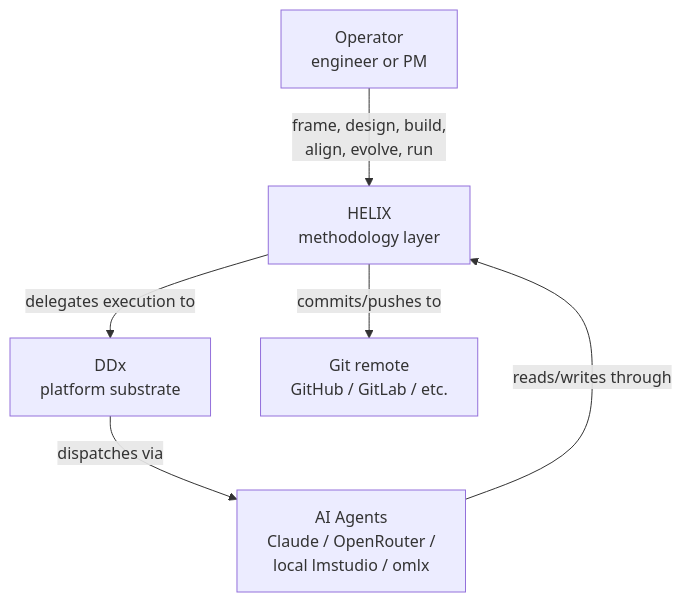
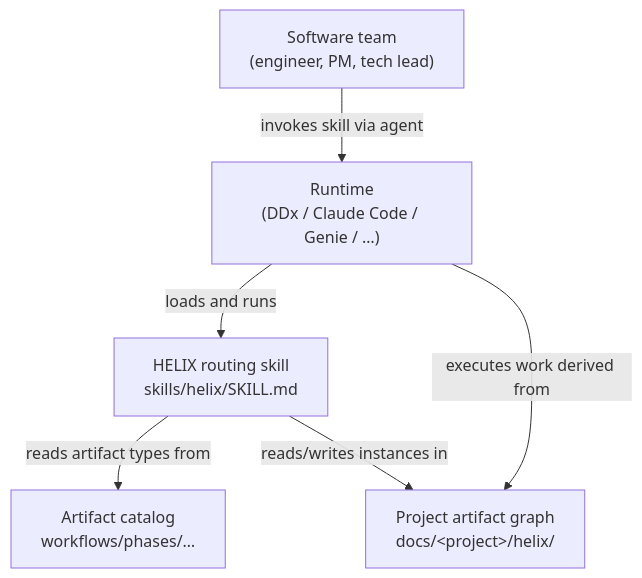
Before and after one commit to easel/helix: the first of 2 diagrams in docs/helix/02-design/architecture.md, drawn with Mermaid. The commit also changed other lines of this file, not shown here.

First line of the commit message:
docs(helix): rewrite architecture.md as runtime-neutral [helix-b6a1b801]

````diff
--- a/docs/helix/02-design/architecture.md
+++ b/docs/helix/02-design/architecture.md
@@ -44,14 +31,14 @@
 ```mermaid
 graph TB
-    operator[Operator<br/>engineer or PM]
-    agent[AI Agents<br/>Claude / OpenRouter /<br/>local lmstudio / omlx]
-    helix[HELIX<br/>methodology layer]
-    ddx[DDx<br/>platform substrate]
-    git[Git remote<br/>GitHub / GitLab / etc.]
+    team["Software team<br/>(engineer, PM, tech lead)"]
+    skill["HELIX routing skill<br/>skills/helix/SKILL.md"]
+    catalog["Artifact catalog<br/>workflows/phases/…"]
+    artifacts["Project artifact graph<br/>docs/&lt;project&gt;/helix/"]
+    runtime["Runtime<br/>(DDx / Claude Code / Genie / …)"]
 
-    operator -->|frame, design, build,<br/>align, evolve, run| helix
-    helix -->|delegates execution to| ddx
-    ddx -->|dispatches via| agent
-    agent -->|reads/writes through| helix
-    helix -->|commits/pushes to| git
+    team -->|"invokes skill via agent"| runtime
+    runtime -->|"loads and runs"| skill
+    skill -->|"reads artifact types from"| catalog
+    skill -->|"reads/writes instances in"| artifacts
+    runtime -->|"executes work derived from"| artifacts
 ```
````
